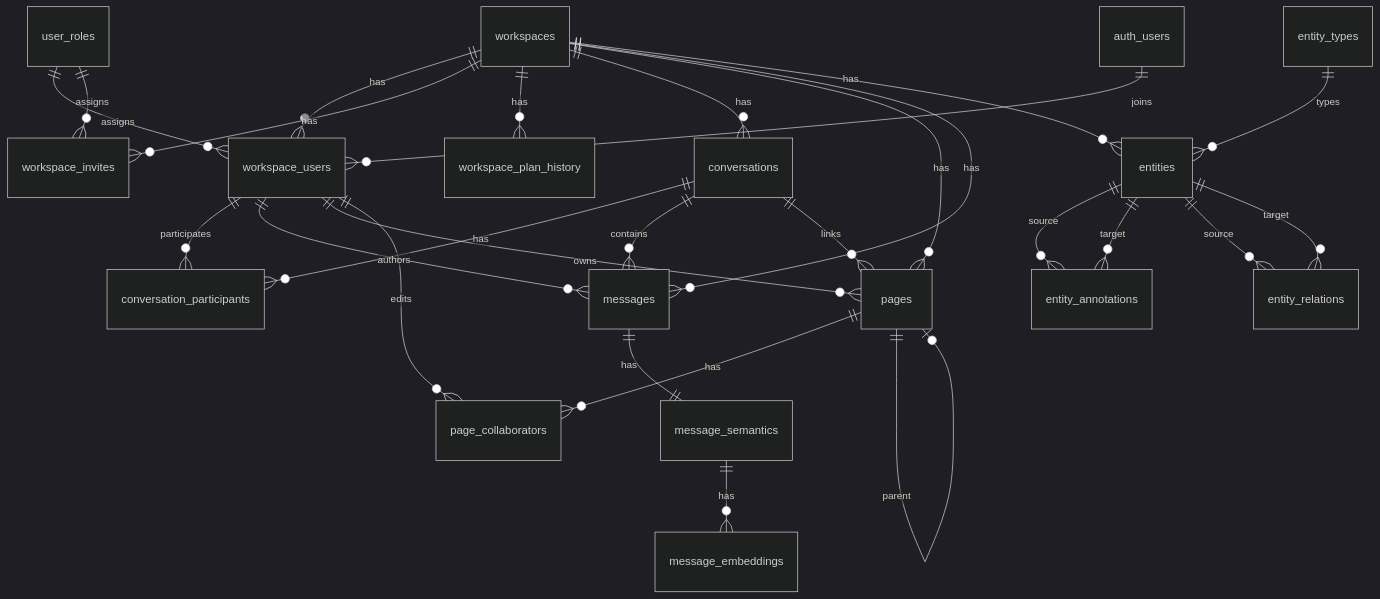
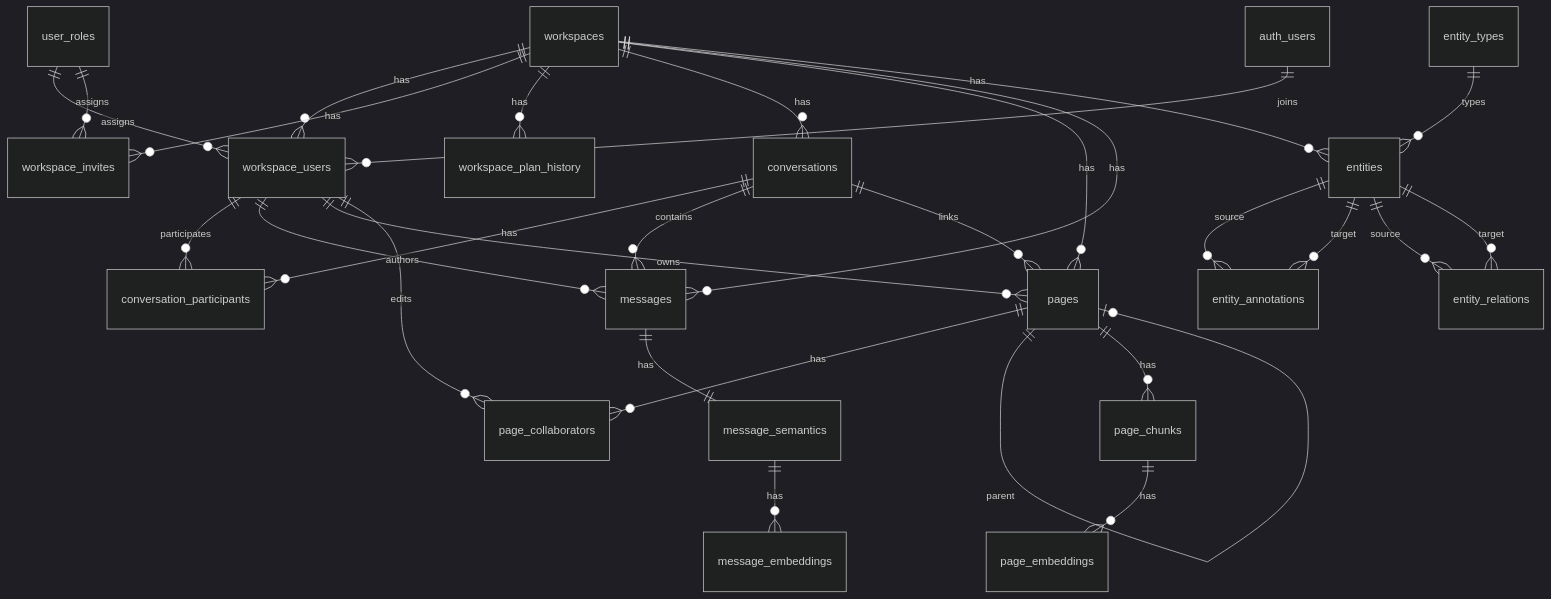
The diagram in docs/architecture/database.md (carlos-tamarind/tamarind-app), drawn with Mermaid (dark theme) before and after one commit.

````diff
--- a/docs/architecture/database.md
+++ b/docs/architecture/database.md
@@ -9,36 +9,39 @@
 ```mermaid
 erDiagram
     workspaces ||--o{ workspace_users : has
     workspaces ||--o{ workspace_invites : has
     workspaces ||--o{ workspace_plan_history : has
     workspaces ||--o{ conversations : has
     workspaces ||--o{ pages : has
     workspaces ||--o{ messages : has
     workspaces ||--o{ entities : has
 
     user_roles ||--o{ workspace_users : assigns
     user_roles ||--o{ workspace_invites : assigns
 
     auth_users ||--o{ workspace_users : joins
 
     conversations ||--o{ conversation_participants : has
     conversations ||--o{ messages : contains
     conversations ||--o{ pages : links
 
     workspace_users ||--o{ conversation_participants : participates
     workspace_users ||--o{ messages : authors
     workspace_users ||--o{ pages : owns
     workspace_users ||--o{ page_collaborators : edits
 
     pages ||--o{ page_collaborators : has
     pages ||--o| pages : parent
 
     entity_types ||--o{ entities : types
     entities ||--o{ entity_annotations : source
     entities ||--o{ entity_annotations : target
     entities ||--o{ entity_relations : source
     entities ||--o{ entity_relations : target
 
     messages ||--|| message_semantics : has
     message_semantics ||--o{ message_embeddings : has
+
+    pages ||--o{ page_chunks : has
+    page_chunks ||--o{ page_embeddings : has
 ```
````
